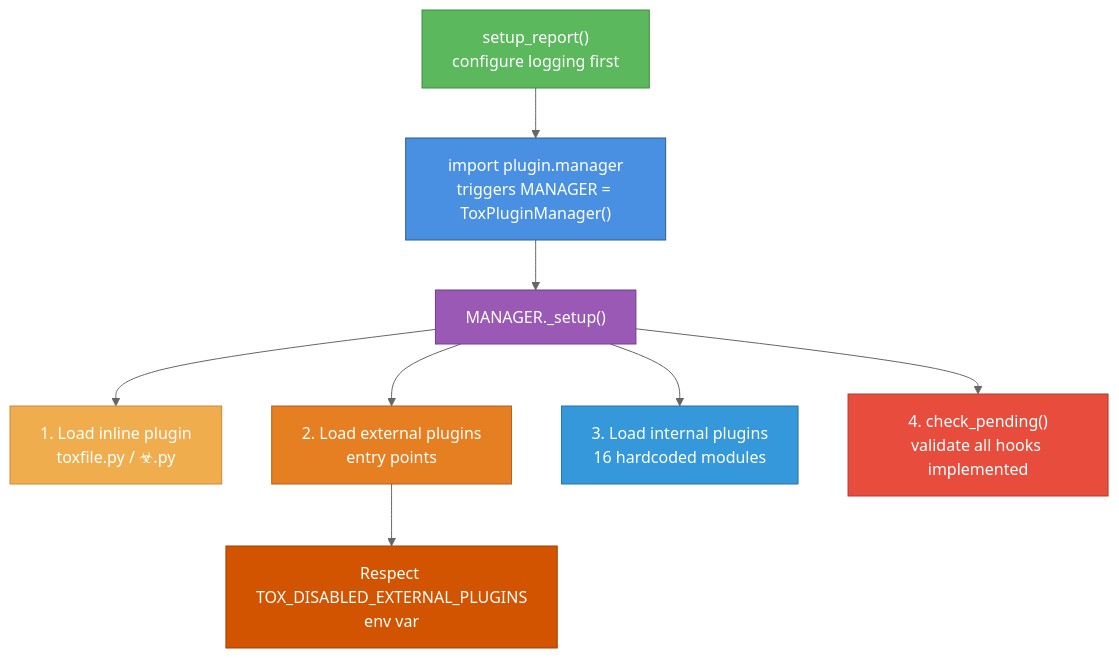
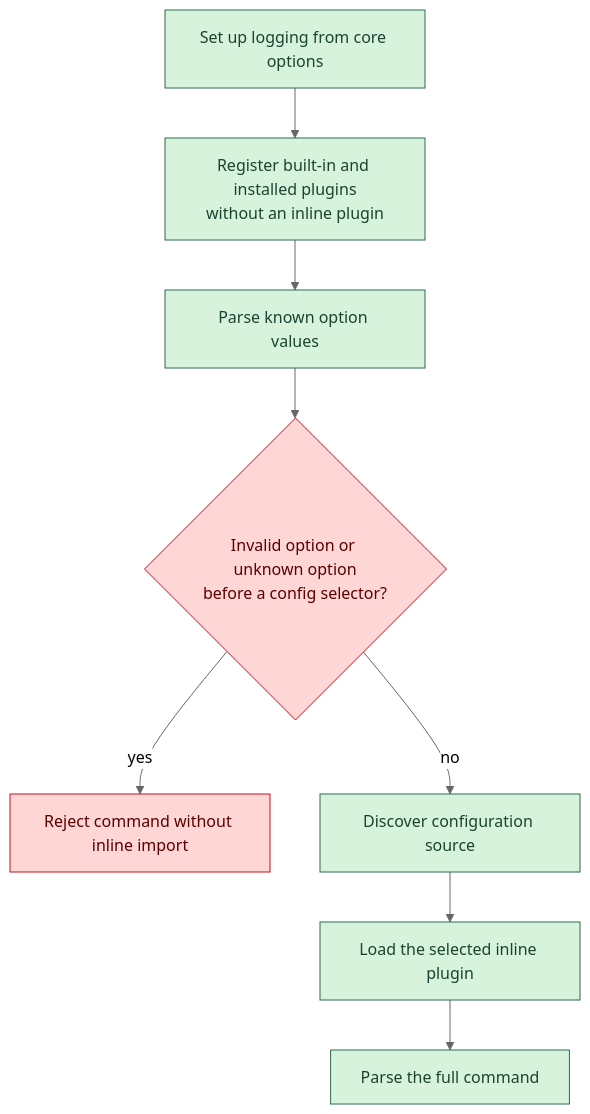
One commit to tox-dev/tox changed the eighth of 9 diagrams in docs/onboarding.rst. Above: the diagram before and after it, drawn with Mermaid (neutral theme). The commit also changed other lines of this file and 8 other files, not shown here.

Commit message:
🐛 fix(cli): validate before inline import (#4281)

```diff
--- a/docs/onboarding.rst
+++ b/docs/onboarding.rst
@@ -650,27 +651,20 @@
 .. mermaid::
 
     flowchart TD
-        A["setup_report()<br/>configure logging first"]
-        B["import plugin.manager<br/>triggers MANAGER = ToxPluginManager()"]
-        C["MANAGER._setup()"]
-        D["1. Load inline plugin<br/>toxfile.py / ☣.py"]
-        E["2. Load external plugins<br/>entry points"]
-        F["Respect TOX_DISABLED_EXTERNAL_PLUGINS<br/>env var"]
-        G["3. Load internal plugins<br/>16 hardcoded modules"]
-        H["4. check_pending()<br/>validate all hooks implemented"]
+        A["Set up logging from core options"]
+        B["Register built-in and installed plugins<br/>without an inline plugin"]
+        C["Parse known option values"]
+        D{"Invalid option or unknown option<br/>before a config selector?"}
+        E["Reject command without inline import"]
+        F["Discover configuration source"]
+        G["Load the selected inline plugin"]
+        H["Parse the full command"]
 
-        A --> B --> C
-        C --> D
-        C --> E
-        E --> F
-        C --> G
-        C --> H
+        A --> B --> C --> D
+        D -- yes --> E
+        D -- no --> F --> G --> H
 
-        style A fill:#5CB85C,stroke:#3D8B40,color:#fff
-        style B fill:#4A90E2,stroke:#2E5C8A,color:#fff
-        style C fill:#9B59B6,stroke:#6D3F8C,color:#fff
-        style D fill:#F0AD4E,stroke:#C88A3C,color:#fff
-        style E fill:#E67E22,stroke:#B85E18,color:#fff
-        style F fill:#D35400,stroke:#A04000,color:#fff
-        style G fill:#3498DB,stroke:#2574A9,color:#fff
-        style H fill:#E74C3C,stroke:#B23A2F,color:#fff
+        classDef setup fill:#d8f3dc,stroke:#2d6a4f,color:#1b4332;
+        classDef reject fill:#ffd6d6,stroke:#c1121f,color:#5c0000;
+        class A,B,C,F,G,H setup;
+        class D,E reject;
```
